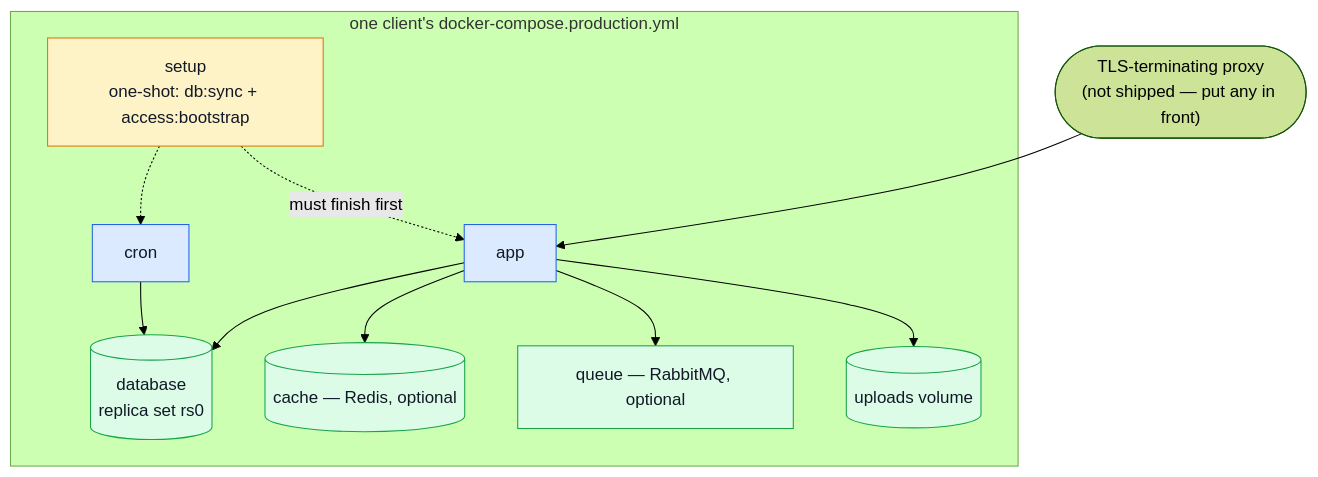
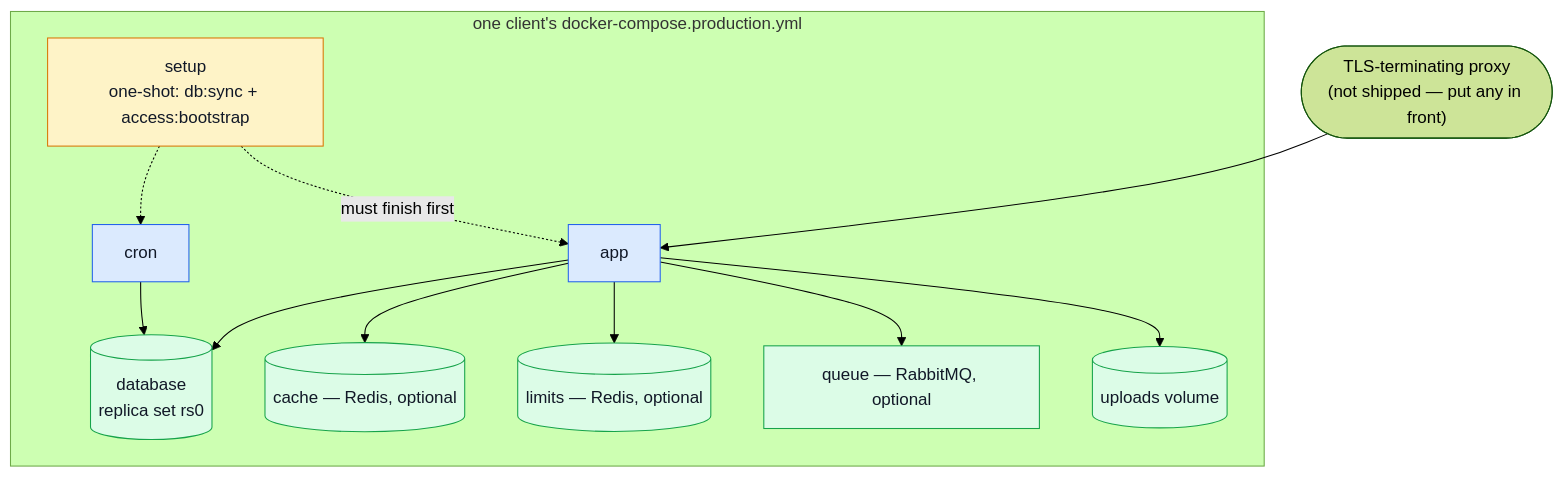
Before and after one commit to Guebbit/boilerplate-node-backend: the second of 3 diagrams in docs/theory/tenancy.md, drawn with Mermaid (forest theme). The commit also changed other lines of this file and 130 other files, not shown here.

````diff
--- a/docs/theory/tenancy.md
+++ b/docs/theory/tenancy.md
@@ -79,20 +79,21 @@
 ```mermaid
 flowchart TB
     Proxy(["TLS-terminating proxy\n(not shipped — put any in front)"]) --> App
     subgraph Stack["one client's docker-compose.production.yml"]
         Setup["setup\none-shot: db:sync + access:bootstrap"] -.->|"must finish first"| App["app"]
         Setup -.-> Cron["cron"]
         App --> DB[("database\nreplica set rs0")]
         Cron --> DB
         App --> Cache[("cache — Redis, optional")]
+        App --> Limits[("limits — Redis, optional")]
         App --> Queue["queue — RabbitMQ, optional"]
         App --> Uploads[("uploads volume")]
     end
 
     classDef oneshot fill:#fef3c7,stroke:#d97706,color:#111827;
     classDef app fill:#dbeafe,stroke:#2563eb,color:#111827;
     classDef data fill:#dcfce7,stroke:#16a34a,color:#111827;
     class Setup oneshot;
     class App,Cron app;
-    class DB,Cache,Queue,Uploads data;
+    class DB,Cache,Limits,Queue,Uploads data;
 ```
````
